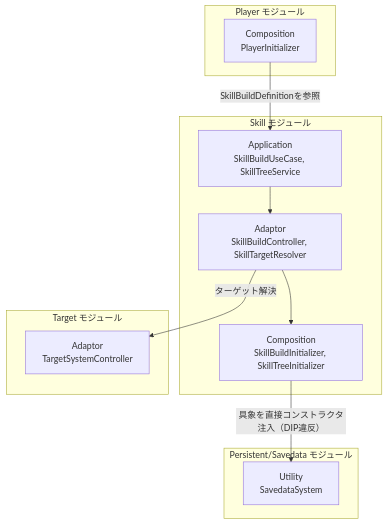
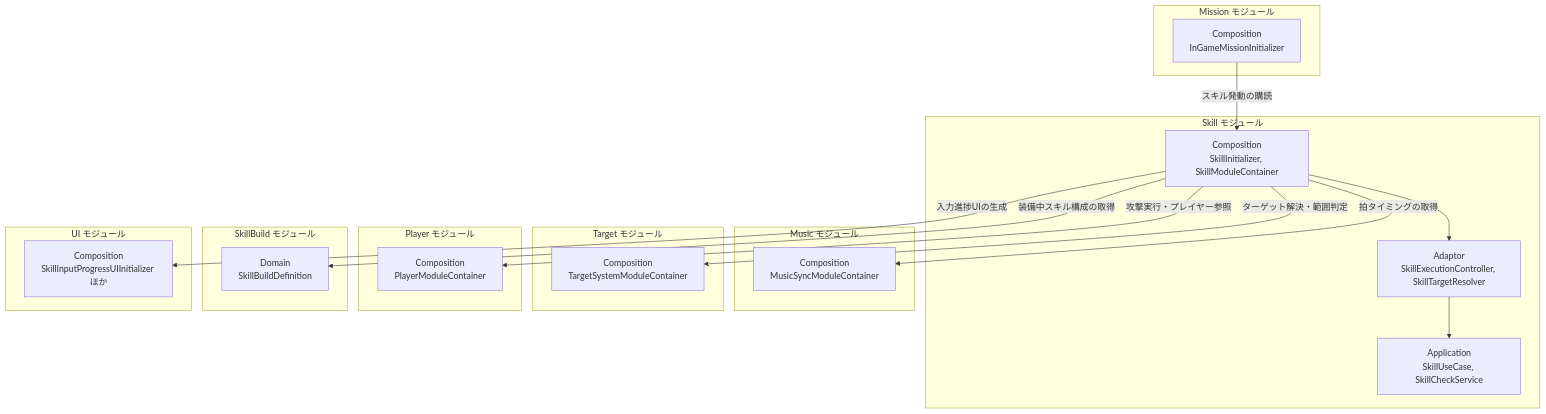
Before and after one commit to HIBIKI5201/SymphonyKillChord: the first of 3 diagrams in Assets/Docs/ScriptsDocs/Modules/NotionModuleDocs/Skill.md, drawn with Mermaid. The commit also changed other lines of this file and 3 other files, not shown here.

````diff
--- a/Assets/Docs/ScriptsDocs/Modules/NotionModuleDocs/Skill.md
+++ b/Assets/Docs/ScriptsDocs/Modules/NotionModuleDocs/Skill.md
@@ -49,28 +61,43 @@
 ```mermaid
 graph TD
     %% 定義 (接続のないレイヤーは省略)
     subgraph SkillModule [Skill モジュール]
-        S_App["Application<br>SkillBuildUseCase, SkillTreeService"]
-        S_Adaptor["Adaptor<br>SkillBuildController, SkillTargetResolver"]
-        S_Composition["Composition<br>SkillBuildInitializer, SkillTreeInitializer"]
-        S_App --> S_Adaptor
-        S_Adaptor --> S_Composition
+        S_App["Application<br>SkillUseCase, SkillCheckService"]
+        S_Adaptor["Adaptor<br>SkillExecutionController, SkillTargetResolver"]
+        S_Composition["Composition<br>SkillInitializer, SkillModuleContainer"]
+        S_Adaptor --> S_App
+        S_Composition --> S_Adaptor
     end
 
-    subgraph SavedataModule [Persistent/Savedata モジュール]
-        SD_Utility["Utility<br>SavedataSystem"]
+    subgraph MusicModule [Music モジュール]
+        M_Composition["Composition<br>MusicSyncModuleContainer"]
+    end
+
+    subgraph TargetModule [Target モジュール]
+        T_Composition["Composition<br>TargetSystemModuleContainer"]
     end
 
     subgraph PlayerModule [Player モジュール]
-        P_Composition["Composition<br>PlayerInitializer"]
+        P_Composition["Composition<br>PlayerModuleContainer"]
     end
 
-    subgraph TargetModule [Target モジュール]
-        T_Adaptor["Adaptor<br>TargetSystemController"]
+    subgraph SkillBuildModule [SkillBuild モジュール]
+        SB_Domain["Domain<br>SkillBuildDefinition"]
+    end
+
+    subgraph UIModule [UI モジュール]
+        UI_Composition["Composition<br>SkillInputProgressUIInitializer ほか"]
+    end
+
+    subgraph MissionModule [Mission モジュール]
+        MS_Composition["Composition<br>InGameMissionInitializer"]
     end
 
     %% 依存関係
-    S_Composition -->|"具象を直接コンストラクタ注入（DIP違反）"| SD_Utility
-    P_Composition -->|"SkillBuildDefinitionを参照"| S_App
-    S_Adaptor -->|"ターゲット解決"| T_Adaptor
+    S_Composition -->|"拍タイミングの取得"| M_Composition
+    S_Composition -->|"ターゲット解決・範囲判定"| T_Composition
+    S_Composition -->|"攻撃実行・プレイヤー参照"| P_Composition
+    S_Composition -->|"装備中スキル構成の取得"| SB_Domain
+    S_Composition -->|"入力進捗UIの生成"| UI_Composition
+    MS_Composition -->|"スキル発動の購読"| S_Composition
 ```
````
